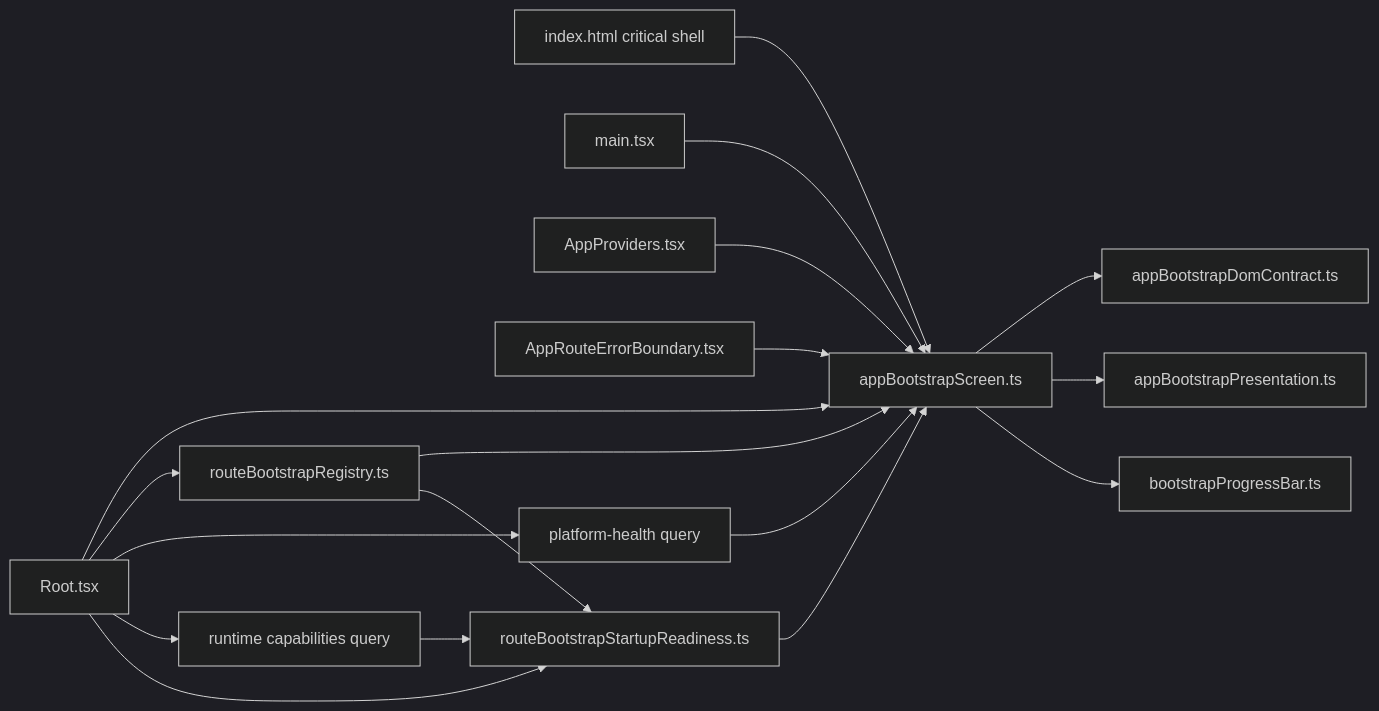
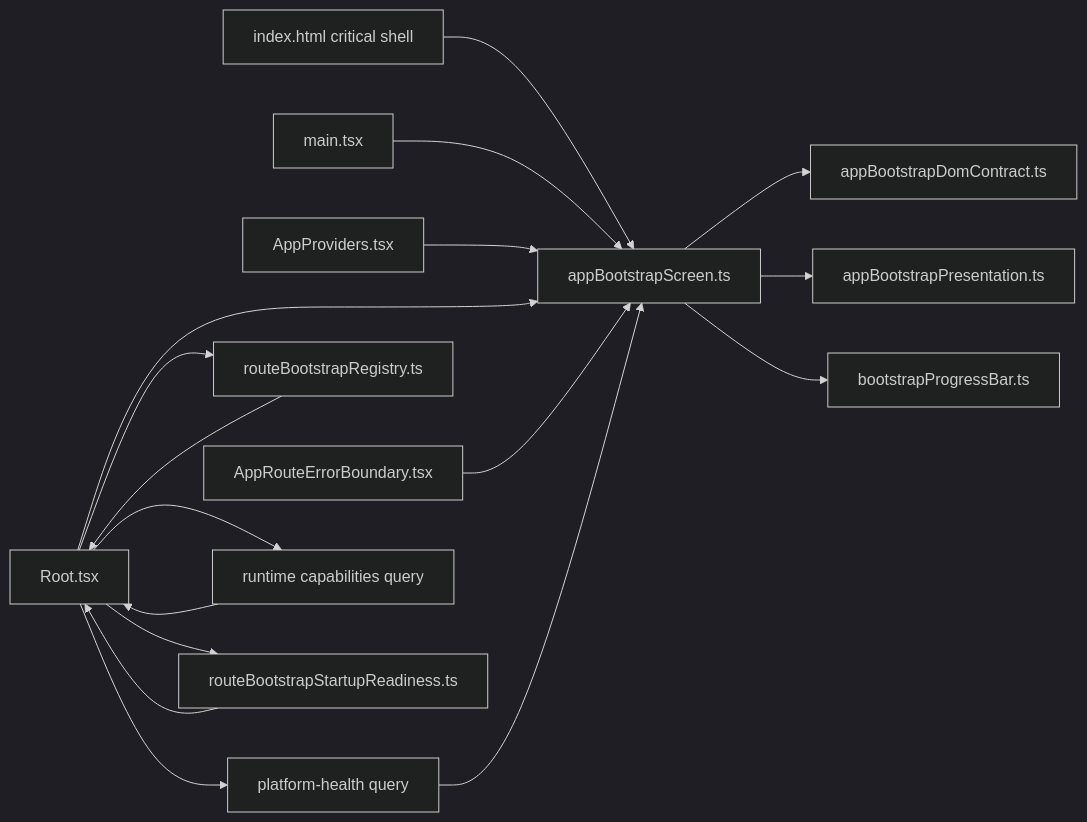
The third of 3 diagrams in docs/architecture/components/web/app-bootstrap-screen-component.md (dunay2/dvt), drawn with Mermaid (dark theme) before and after one commit. The commit also changed other lines of this file and 1 other file, not shown here.

Commit message:
docs(docs): Align startup readiness architecture facts

````diff
--- a/docs/architecture/components/web/app-bootstrap-screen-component.md
+++ b/docs/architecture/components/web/app-bootstrap-screen-component.md
@@ -169,20 +176,19 @@
 ```mermaid
 flowchart LR
   Html["index.html critical shell"] --> Bootstrap["appBootstrapScreen.ts"]
   Main["main.tsx"] --> Bootstrap
   Providers["AppProviders.tsx"] --> Bootstrap
   Root["Root.tsx"] --> Bootstrap
   RouteErrors["AppRouteErrorBoundary.tsx"] --> Bootstrap
   Bootstrap --> DomContract["appBootstrapDomContract.ts"]
   Bootstrap --> Presentation["appBootstrapPresentation.ts"]
   Root --> RouteBootstrap["routeBootstrapRegistry.ts"]
   Root --> Health["platform-health query"]
   Root --> Capabilities["runtime capabilities query"]
+  RouteBootstrap --> Root
+  Capabilities --> Root
   Root --> RouteReadiness["routeBootstrapStartupReadiness.ts"]
-  RouteBootstrap --> Bootstrap
-  Capabilities --> RouteReadiness
-  RouteBootstrap --> RouteReadiness
-  RouteReadiness --> Bootstrap
+  RouteReadiness --> Root
   Health --> Bootstrap
   Bootstrap --> Progress["bootstrapProgressBar.ts"]
 ```
````
